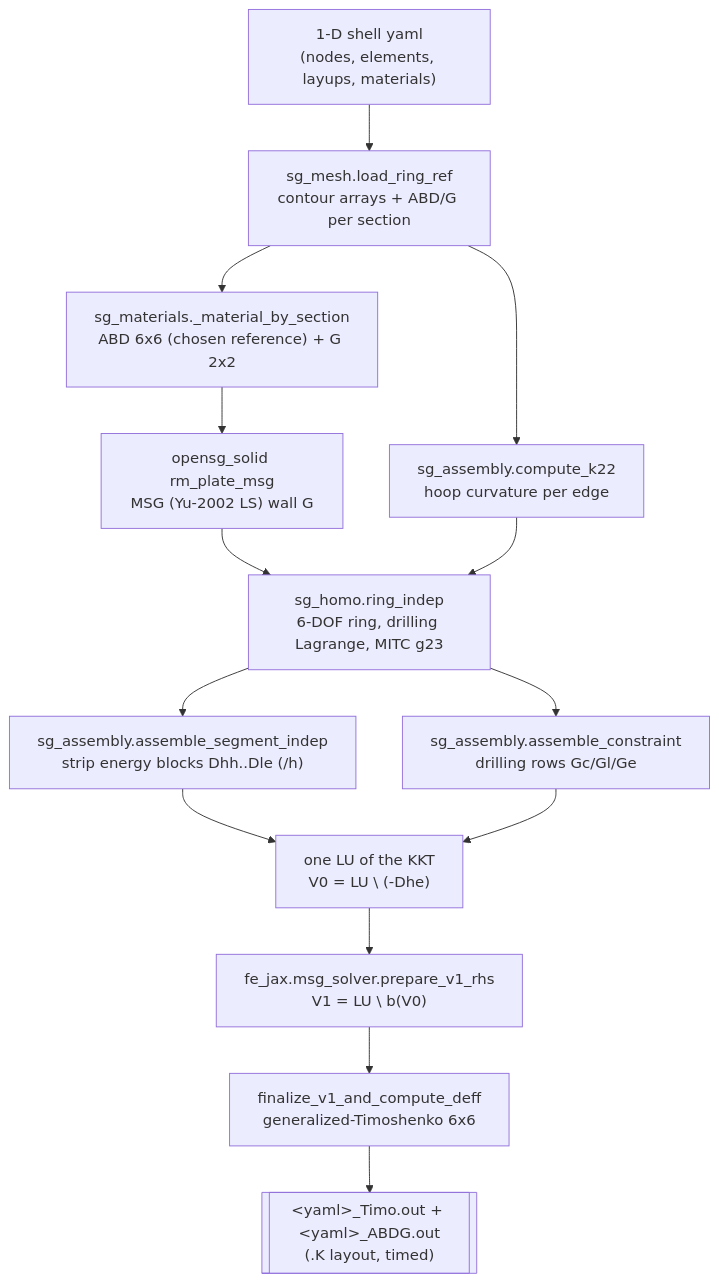
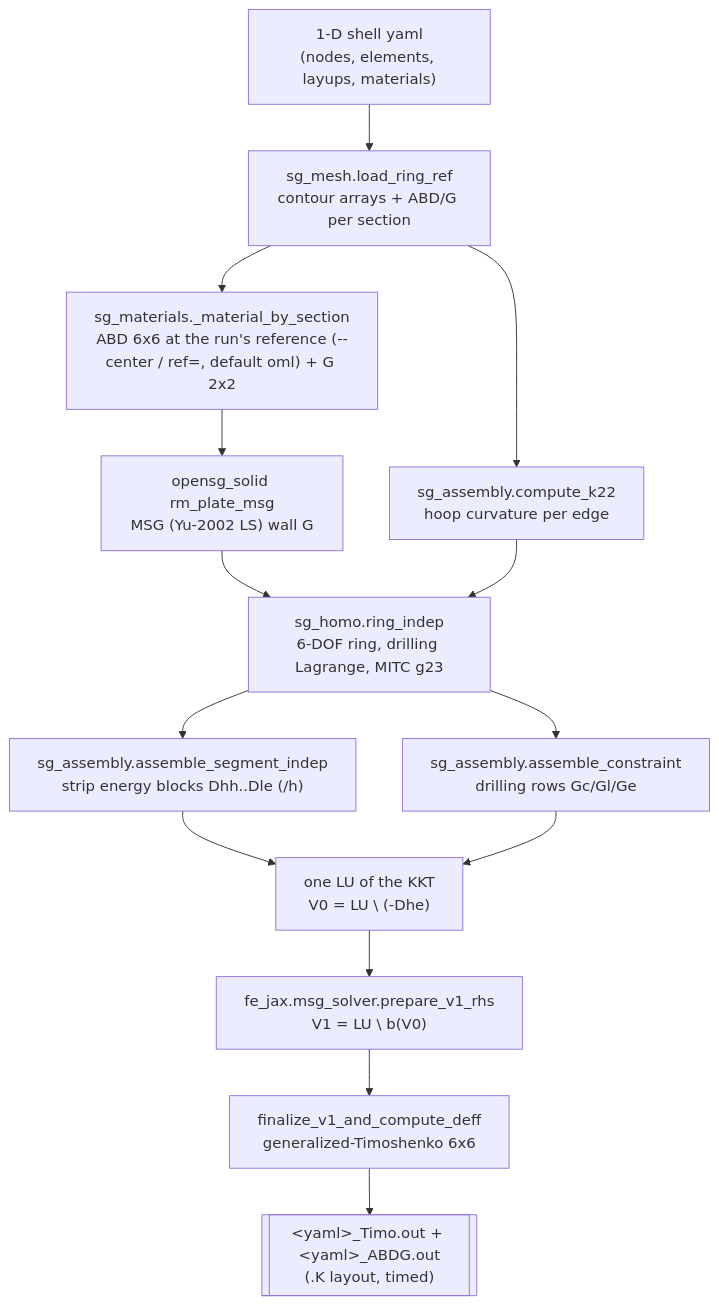
The first of 4 diagrams in docs/architecture.md (wenbinyugroup/OpenSG), drawn with Mermaid before and after one commit. The commit also changed 95 other files, not shown here.

````diff
--- a/docs/architecture.md
+++ b/docs/architecture.md
@@ -54,16 +54,16 @@
 ```{mermaid}
 flowchart TD
     Y1["1-D shell yaml<br/>(nodes, elements, layups, materials)"] --> LR["sg_mesh.load_ring_ref<br/>contour arrays + ABD/G per section"]
-    LR --> MB["sg_materials._material_by_section<br/>ABD 6x6 (chosen reference) + G 2x2"]
+    LR --> MB["sg_materials._material_by_section<br/>ABD 6x6 at the run's reference (--center / ref=, default oml) + G 2x2"]
     MB --> GMSG["opensg_solid rm_plate_msg<br/>MSG (Yu-2002 LS) wall G"]
     LR --> K22["sg_assembly.compute_k22<br/>hoop curvature per edge"]
     GMSG --> RI["sg_homo.ring_indep<br/>6-DOF ring, drilling Lagrange, MITC g23"]
     K22 --> RI
     RI --> ASM["sg_assembly.assemble_segment_indep<br/>strip energy blocks Dhh..Dle (/h)"]
     RI --> CON["sg_assembly.assemble_constraint<br/>drilling rows Gc/Gl/Ge"]
     ASM --> LU["one LU of the KKT<br/>V0 = LU \ (-Dhe)"]
     CON --> LU
     LU --> V1["fe_jax.msg_solver.prepare_v1_rhs<br/>V1 = LU \ b(V0)"]
     V1 --> FIN["finalize_v1_and_compute_deff<br/>generalized-Timoshenko 6x6"]
     FIN --> OUT1[["&lt;yaml&gt;_Timo.out + &lt;yaml&gt;_ABDG.out<br/>(.K layout, timed)"]]
 ```
````
